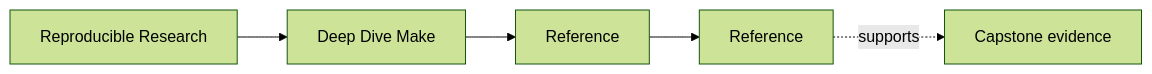
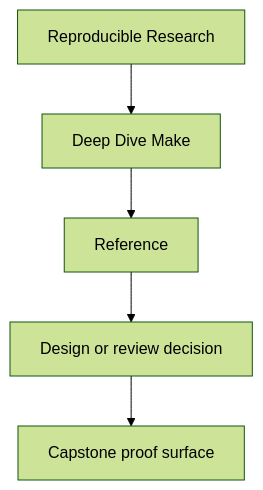
Before and after one commit to bijux/bijux-masterclass: the first of 2 diagrams in programs/reproducible-research/deep-dive-make/course-book/reference/index.md, drawn with Mermaid (forest theme). The commit also changed other lines of this file and 2 other files, not shown here.

Commit message:
docs(deep-dive-make): reframe course-book entry diagrams

````diff
--- a/programs/reproducible-research/deep-dive-make/course-book/reference/index.md
+++ b/programs/reproducible-research/deep-dive-make/course-book/reference/index.md
@@ -6,11 +6,7 @@
 ```mermaid
-graph LR
-  family["Reproducible Research"]
-  program["Deep Dive Make"]
-  section["Reference"]
-  page["Reference"]
-  capstone["Capstone evidence"]
-
-  family --> program --> section --> page
-  page -.supports.-> capstone
+flowchart TD
+  family["Reproducible Research"] --> program["Deep Dive Make"]
+  program --> reference["Reference"]
+  reference --> review["Design or review decision"]
+  review --> capstone["Capstone proof surface"]
 ```
````
